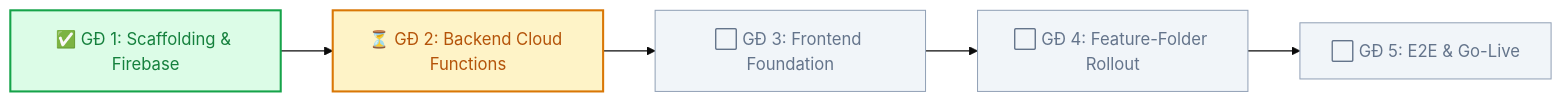
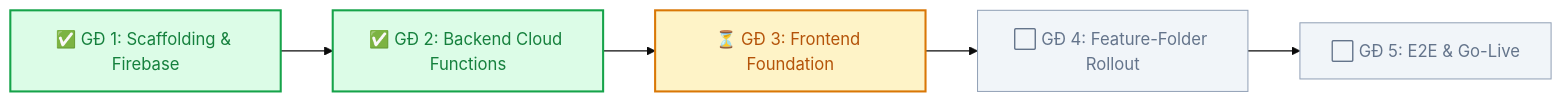
One commit to khoavudl/ContractReview_firestore changed the diagram in PROGRESS.md. Above: the diagram before and after it, drawn with Mermaid (base theme). The commit also changed other lines of this file and 9 other files, not shown here.

````diff
--- a/PROGRESS.md
+++ b/PROGRESS.md
@@ -26,15 +26,15 @@
 ```mermaid
 flowchart LR
-    G1["✅ GĐ 1: Scaffolding & Firebase"] --> G2["⏳ GĐ 2: Backend Cloud Functions"]
-    G2 --> G3["⬜ GĐ 3: Frontend Foundation"]
+    G1["✅ GĐ 1: Scaffolding & Firebase"] --> G2["✅ GĐ 2: Backend Cloud Functions"]
+    G2 --> G3["⏳ GĐ 3: Frontend Foundation"]
     G3 --> G4["⬜ GĐ 4: Feature-Folder Rollout"]
     G4 --> G5["⬜ GĐ 5: E2E & Go-Live"]
 
     classDef done fill:#dcfce7,stroke:#16a34a,stroke-width:2px,color:#15803d;
     classDef current fill:#fef3c7,stroke:#d97706,stroke-width:2px,color:#b45309;
     classDef pending fill:#f1f5f9,stroke:#94a3b8,stroke-width:1px,color:#64748b;
 
-    class G1 done;
-    class G2 current;
-    class G3,G4,G5 pending;
+    class G1,G2 done;
+    class G3 current;
+    class G4,G5 pending;
 ```
````
